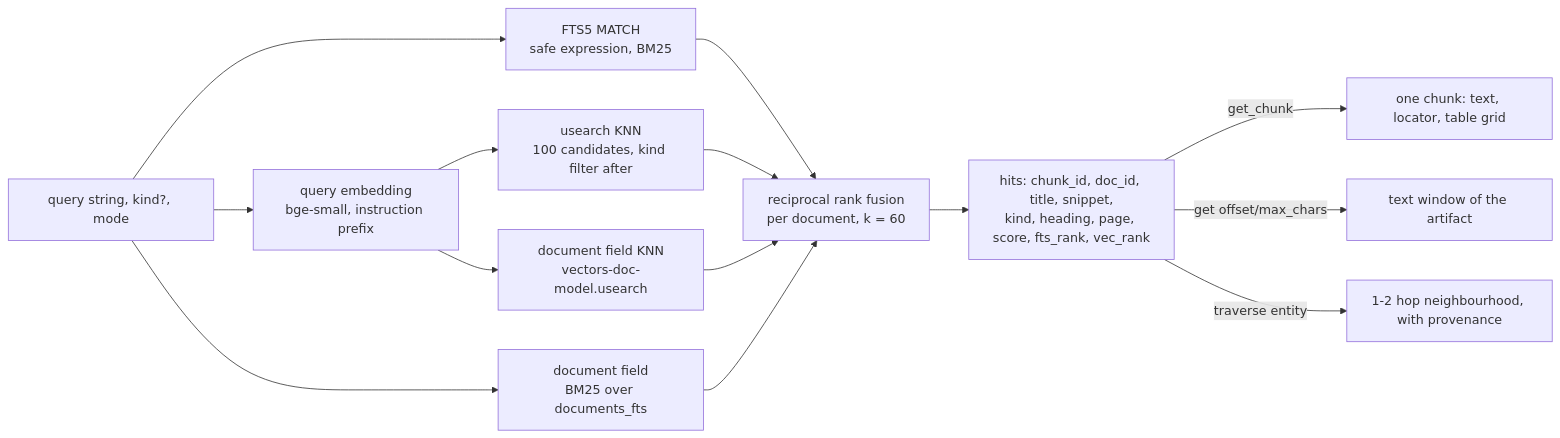
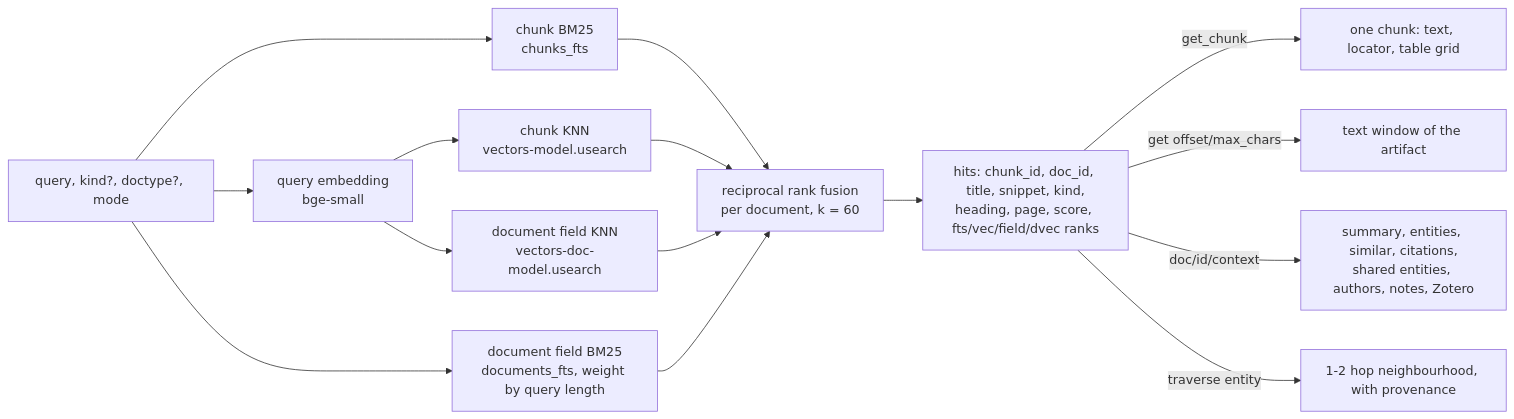
Before and after one commit to lodsb/prax: the third of 3 diagrams in docs/architecture.md, drawn with Mermaid. The commit also changed other lines of this file and 3 other files, not shown here.

First line of the commit message:
docs: architecture and README rewritten for the system as built through Stage 3

````diff
--- a/docs/architecture.md
+++ b/docs/architecture.md
@@ -125,15 +153,16 @@
 ```mermaid
 flowchart LR
-  Q[query string, kind?, mode] --> FTS[FTS5 MATCH<br/>safe expression, BM25]
-  Q --> QE[query embedding<br/>bge-small, instruction prefix] --> KNN[usearch KNN<br/>100 candidates, kind filter after]
-  Q --> DF[document field<br/>BM25 over documents_fts]
+  Q[query, kind?, doctype?, mode] --> FTS[chunk BM25<br/>chunks_fts]
+  Q --> QE[query embedding<br/>bge-small] --> KNN[chunk KNN<br/>vectors-model.usearch]
+  Q --> DF[document field BM25<br/>documents_fts, weight by query length]
   QE --> DK[document field KNN<br/>vectors-doc-model.usearch]
   FTS --> RRF[reciprocal rank fusion<br/>per document, k = 60]
   KNN --> RRF
   DF --> RRF
   DK --> RRF
-  RRF --> H[hits: chunk_id, doc_id, title, snippet,<br/>kind, heading, page, score, fts_rank, vec_rank]
+  RRF --> H[hits: chunk_id, doc_id, title, snippet, kind,<br/>heading, page, score, fts/vec/field/dvec ranks]
   H -->|get_chunk| C[one chunk: text, locator, table grid]
   H -->|get offset/max_chars| T[text window of the artifact]
+  H -->|doc/id/context| X[summary, entities, similar, citations,<br/>shared entities, authors, notes, Zotero]
   H -->|traverse entity| G[1-2 hop neighbourhood, with provenance]
 ```
````
